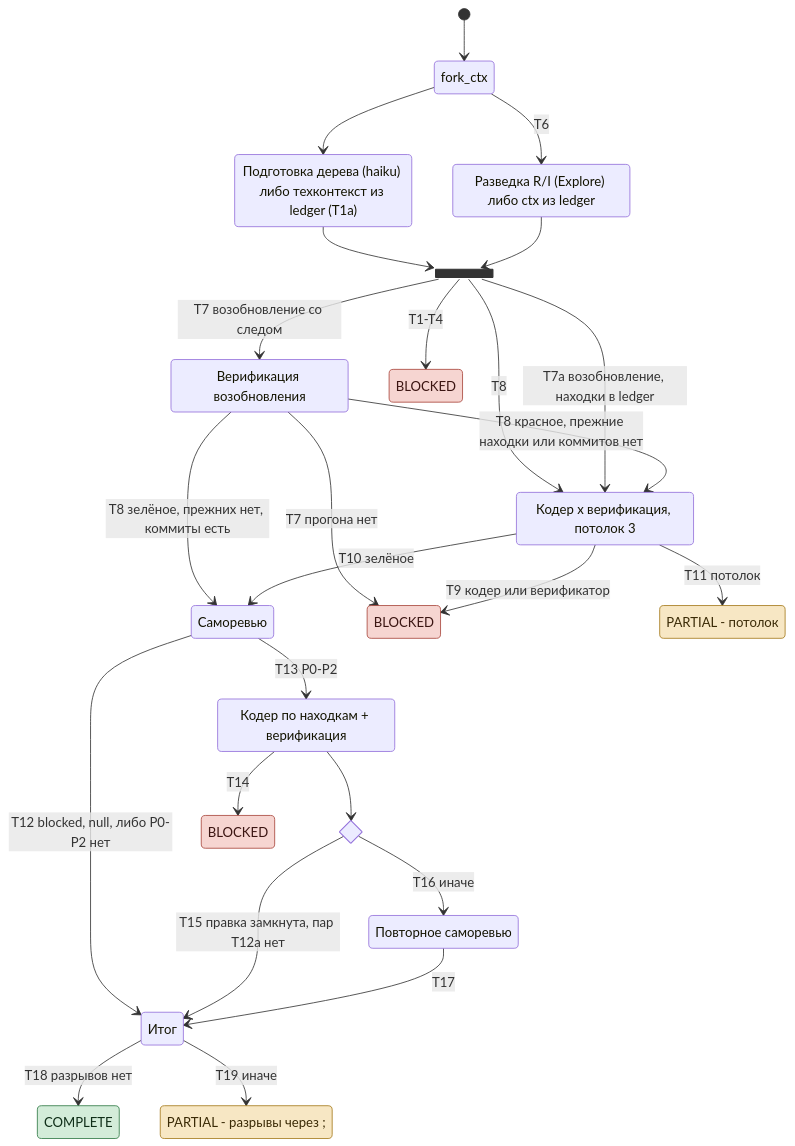
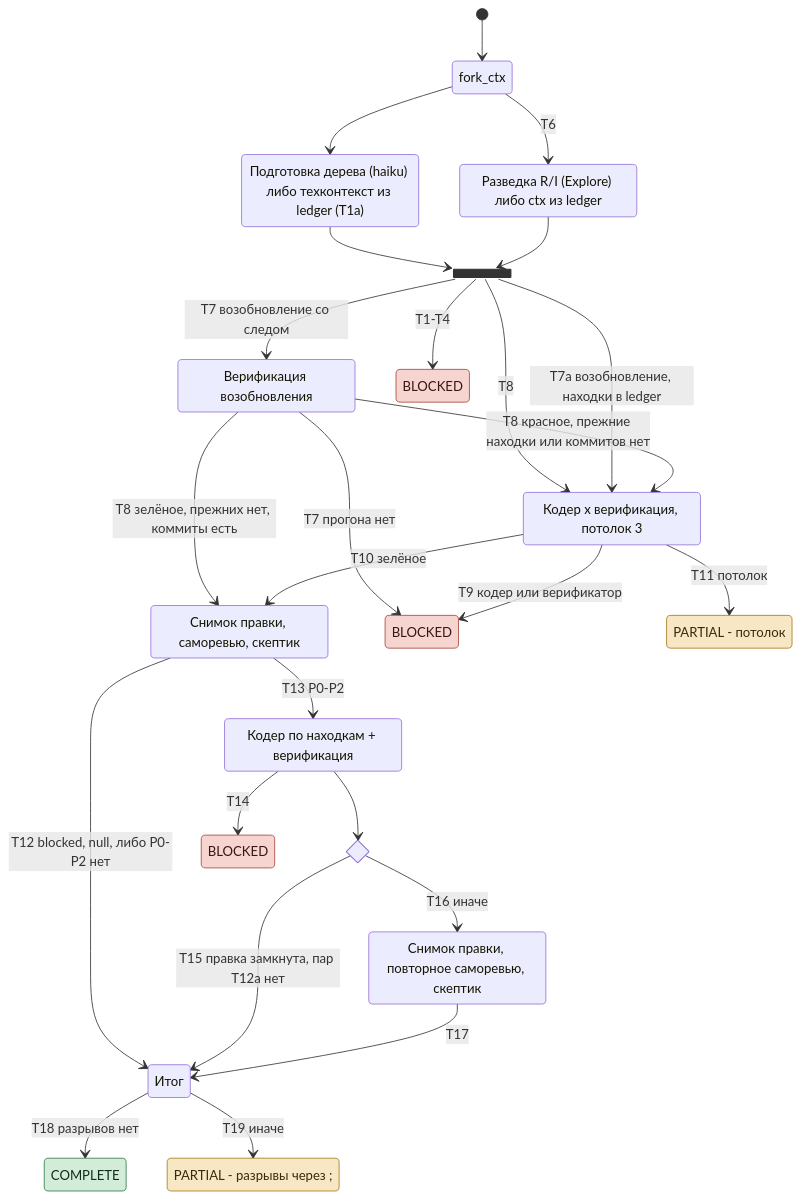
One commit to dex-it/ai-kit changed the diagram in plugins/auto/docs/tracks/feature.md. Above: the diagram before and after it, drawn with Mermaid. The commit also changed other lines of this file and 31 other files, not shown here.

````diff
--- a/plugins/auto/docs/tracks/feature.md
+++ b/plugins/auto/docs/tracks/feature.md
@@ -15,54 +15,54 @@
 ```mermaid
 stateDiagram-v2
   direction TB
   [*] --> fork_ctx
   state fork_ctx <<fork>>
   state join_ctx <<join>>
   state "Подготовка дерева (haiku) либо техконтекст из ledger (T1a)" as Prep
   state "Разведка R/I (Explore) либо ctx из ledger" as Req
   state "Верификация возобновления" as VerR
   state "Кодер x верификация, потолок 3" as Fix
-  state "Саморевью" as Rev
+  state "Снимок правки, саморевью, скептик" as Rev
   state "Кодер по находкам + верификация" as Fix2
-  state "Повторное саморевью" as Rev2
+  state "Снимок правки, повторное саморевью, скептик" as Rev2
   state "Итог" as Final
   state sealChoice <<choice>>
 
   state "BLOCKED" as B1
   state "BLOCKED" as B2
   state "BLOCKED" as B3
   state "PARTIAL - потолок" as P0
   state "COMPLETE" as C
   state "PARTIAL - разрывы через ;" as P1
 
   fork_ctx --> Prep
   fork_ctx --> Req: T6
   Prep --> join_ctx
   Req --> join_ctx
   join_ctx --> B1: T1-T4
   join_ctx --> VerR: T7 возобновление со следом
   join_ctx --> Fix: T8
   join_ctx --> Fix: T7a возобновление, находки в ledger
   VerR --> B2: T7 прогона нет
   VerR --> Fix: T8 красное, прежние находки или коммитов нет
   VerR --> Rev: T8 зелёное, прежних нет, коммиты есть
   Fix --> B2: T9 кодер или верификатор
   Fix --> P0: T11 потолок
   Fix --> Rev: T10 зелёное
   Rev --> Final: T12 blocked, null, либо P0-P2 нет
   Rev --> Fix2: T13 P0-P2
   Fix2 --> B3: T14
   Fix2 --> sealChoice
   sealChoice --> Final: T15 правка замкнута, пар T12a нет
   sealChoice --> Rev2: T16 иначе
   Rev2 --> Final: T17
   Final --> C: T18 разрывов нет
   Final --> P1: T19 иначе
 
   classDef stop fill:#f6d5d1,stroke:#a8453b,color:#3b1512
   classDef part fill:#f7e7c4,stroke:#a57a1c,color:#3a2a06
   classDef done fill:#d3ecd9,stroke:#2f7a45,color:#0f2e18
   class B1,B2,B3 stop
   class P0,P1 part
   class C done
 ```
````
